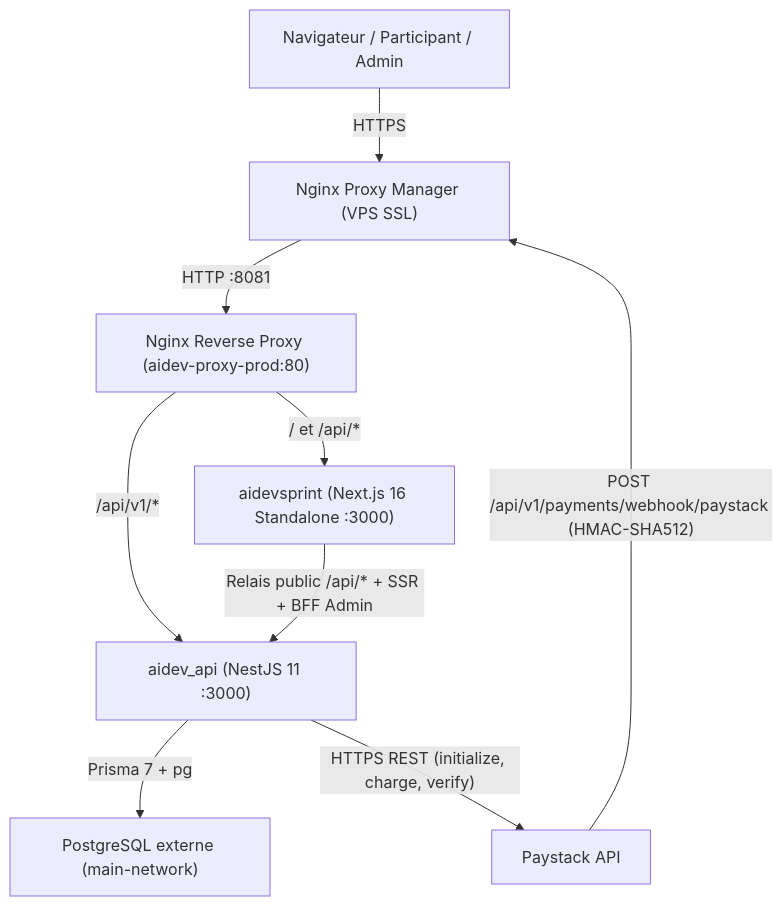
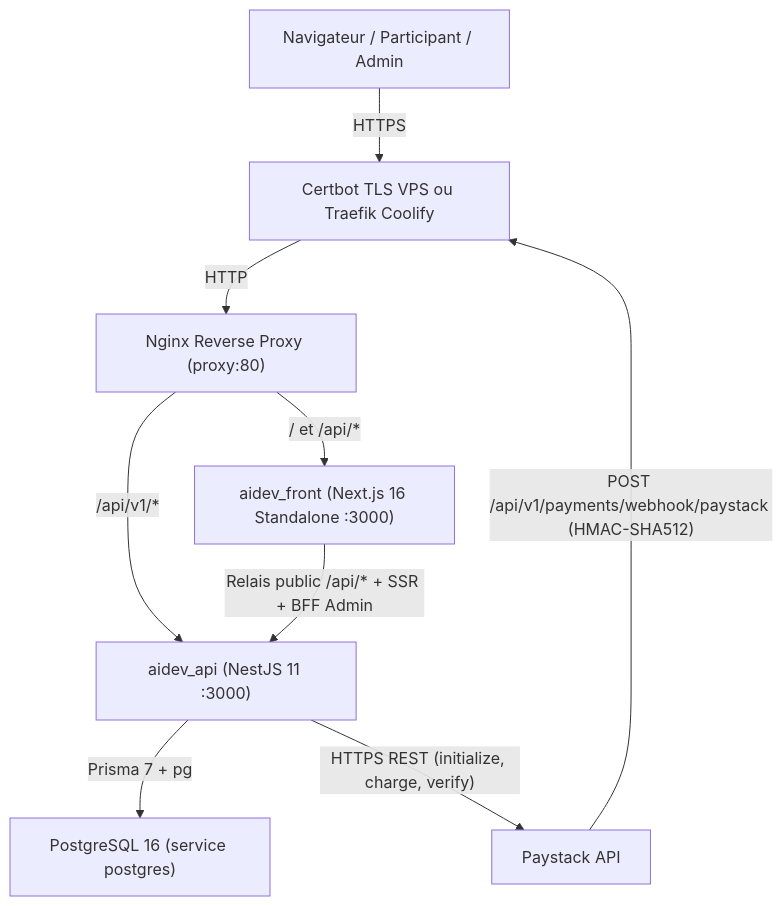
One commit to D-TECH-DEV/aidevclassroom changed the diagram in ARCHITECTURE.md. Above: the diagram before and after it, drawn with Mermaid. The commit also changed other lines of this file and 39 other files, not shown here.

````diff
--- a/ARCHITECTURE.md
+++ b/ARCHITECTURE.md
@@ -33,11 +33,11 @@
 ```mermaid
 flowchart TD
-    U["Navigateur / Participant / Admin"] -->|HTTPS| NPM["Nginx Proxy Manager (VPS SSL)"]
-    NPM -->|HTTP :8081| NGX["Nginx Reverse Proxy (aidev-proxy-prod:80)"]
+    U["Navigateur / Participant / Admin"] -->|HTTPS| EDGE["Certbot TLS VPS ou Traefik Coolify"]
+    EDGE -->|HTTP| NGX["Nginx Reverse Proxy (proxy:80)"]
     NGX -->|"/api/v1/*"| API["aidev_api (NestJS 11 :3000)"]
-    NGX -->|"/ et /api/*"| WEB["aidevsprint (Next.js 16 Standalone :3000)"]
+    NGX -->|"/ et /api/*"| WEB["aidev_front (Next.js 16 Standalone :3000)"]
     WEB -->|"Relais public /api/* + SSR + BFF Admin"| API
-    API -->|"Prisma 7 + pg"| PG["PostgreSQL externe (main-network)"]
+    API -->|"Prisma 7 + pg"| PG["PostgreSQL 16 (service postgres)"]
     API -->|"HTTPS REST (initialize, charge, verify)"| PAY["Paystack API"]
-    PAY -->|"POST /api/v1/payments/webhook/paystack (HMAC-SHA512)"| NPM
+    PAY -->|"POST /api/v1/payments/webhook/paystack (HMAC-SHA512)"| EDGE
 ```
````
